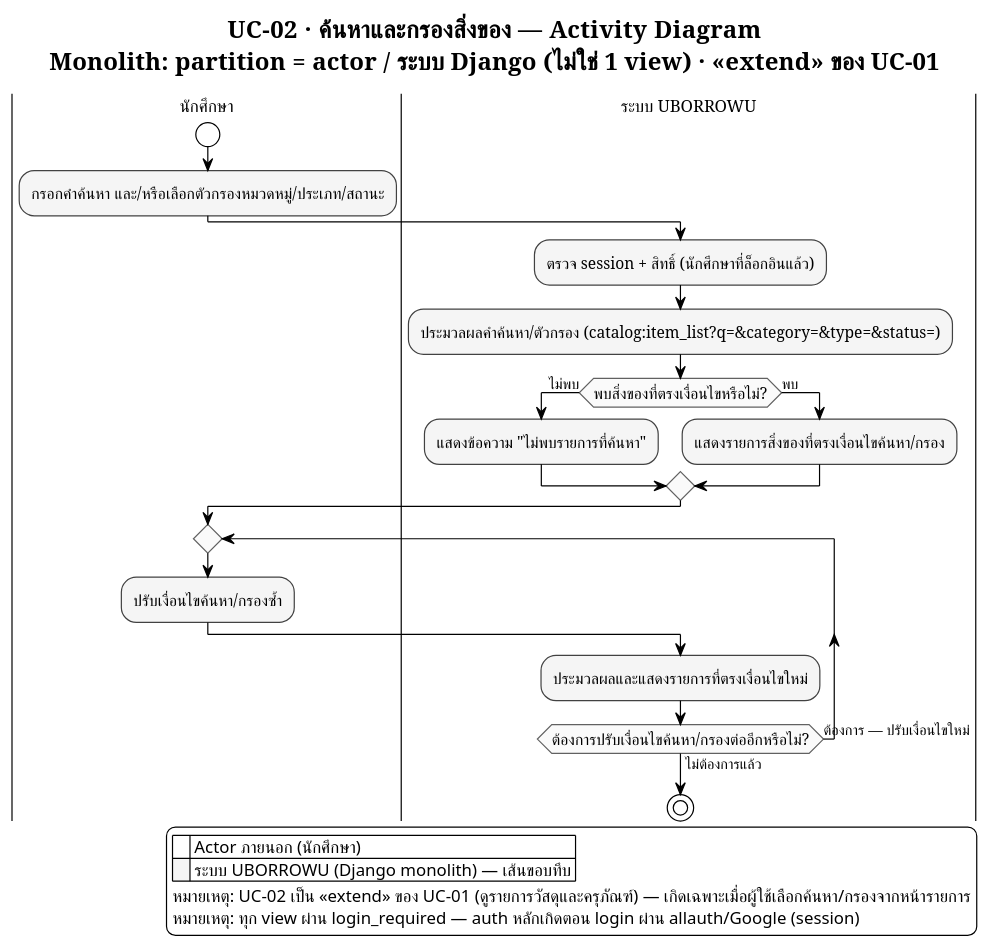
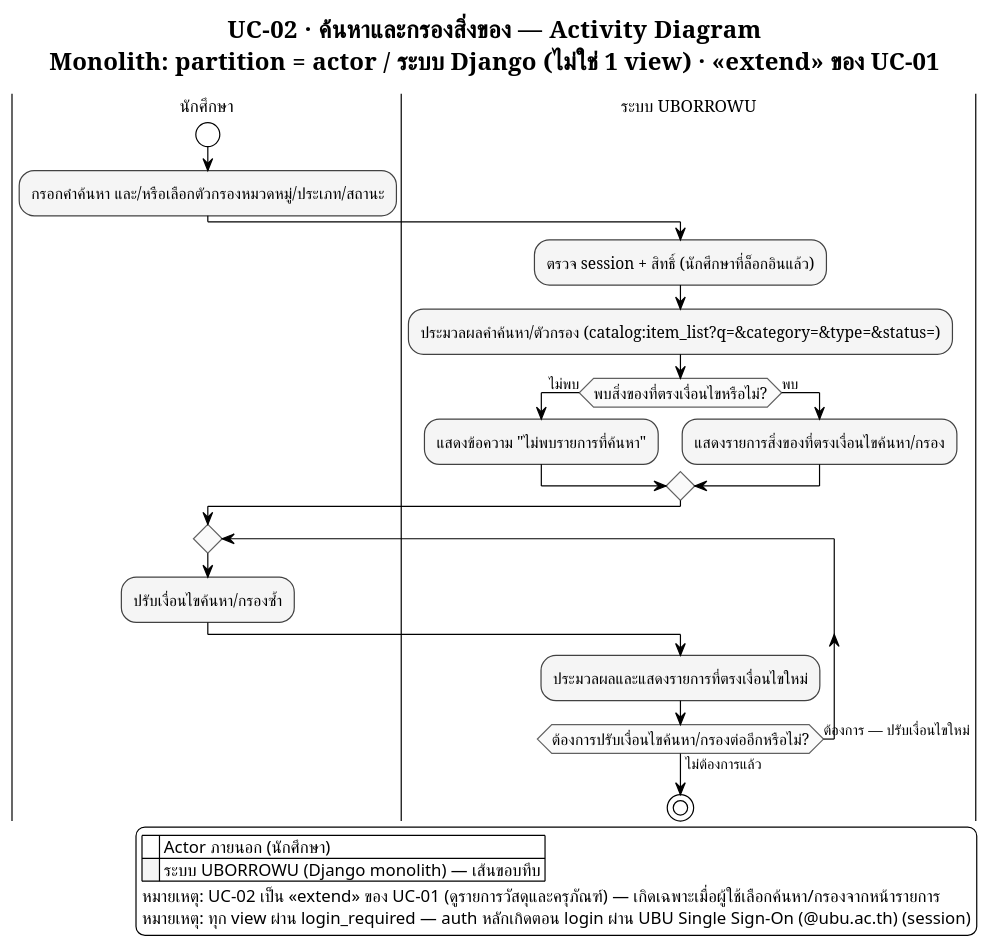
One commit to patlnwza-007/project-2569 changed the diagram in proposal/usecase/activity_module2_uc02.puml. Above: the diagram before and after it, drawn with PlantUML. The commit also changed 33 other files, not shown here.

```diff
--- a/proposal/usecase/activity_module2_uc02.puml
+++ b/proposal/usecase/activity_module2_uc02.puml
@@ -1,73 +1,73 @@
 @startuml activity_module2_uc02
 ' ══════════════════════════════════════════════════════════════════
 ' รองรับภาษาไทย — อ่านก่อน render:
 ' 1. บันทึกไฟล์นี้เป็น UTF-8 (ไม่ต้องมี BOM) เสมอ
 ' 2. ถ้า render ผ่าน CLI (plantuml.jar) ต้องระบุ flag encoding ด้วย:
 '      java -Dfile.encoding=UTF-8 -jar plantuml.jar -charset UTF-8 catalog_activity_UC02_search_filter.puml
 ' 3. บังคับใช้ Smetana (pure-Java layout engine) แทน Graphviz/dot
 '    เพราะ Graphviz บางระบบ (โดยเฉพาะ Windows) อ่าน UTF-8 ไม่ตรง ทำให้ตัวอักษรไทยเพี้ยน/หาย
 !pragma layout smetana
 ' 4. ฟอนต์ที่มีสระ/วรรณยุกต์ไทยครบและ render ผ่าน Java ได้เสถียร
 '    - Windows: "TH Sarabun New" (ฟอนต์มาตรฐานราชการ) หรือ "Tahoma" (มากับเครื่องอยู่แล้ว)
 '    - Linux / PlantUML online server: เปลี่ยนเป็น "Noto Sans Thai" หรือ "Loma"
 skinparam defaultFontName "TH Sarabun New"
 skinparam defaultFontSize 14
 ' ══════════════════════════════════════════════════════════════════
 
 !theme plain
 skinparam titleFontName "TH Sarabun New"
 skinparam titleFontSize 20
 skinparam noteFontName "TH Sarabun New"
 skinparam ArrowFontName "TH Sarabun New"
 skinparam ArrowFontSize 12
 skinparam swimlaneTitleFontName "TH Sarabun New"
 skinparam swimlaneTitleFontSize 14
 
 ' ===== Monochrome เท่านั้น — ไม่มี partition ไหนสีต่างจากที่อื่น =====
 skinparam activity {
   BackgroundColor #F5F5F5
   BorderColor #424242
   FontName "TH Sarabun New"
   FontSize 13
   DiamondBackgroundColor #FAFAFA
   DiamondBorderColor #616161
 }
 skinparam partition {
   BackgroundColor #FAFAFA
   BorderColor #424242
 }
 
 title UC-02 · ค้นหาและกรองสิ่งของ — Activity Diagram\nMonolith: partition = actor / ระบบ Django (ไม่ใช่ 1 view) · <<extend>> ของ UC-01
 
 |นักศึกษา|
 start
 ' Pre-condition: นักศึกษาอยู่ในหน้ารายการสิ่งของ (UC-01) และเข้าสู่ระบบแล้ว (session ผ่าน allauth)
 :กรอกคำค้นหา และ/หรือเลือกตัวกรองหมวดหมู่/ประเภท/สถานะ;
 
 |ระบบ UBORROWU|
 :ตรวจ session + สิทธิ์ (นักศึกษาที่ล็อกอินแล้ว);
 :ประมวลผลคำค้นหา/ตัวกรอง (catalog:item_list?q=&category=&type=&status=);
 
 if (พบสิ่งของที่ตรงเงื่อนไขหรือไม่?) then (ไม่พบ)
   :แสดงข้อความ "ไม่พบรายการที่ค้นหา";
 else (พบ)
   :แสดงรายการสิ่งของที่ตรงเงื่อนไขค้นหา/กรอง;
 endif
 
 |นักศึกษา|
 repeat
   :ปรับเงื่อนไขค้นหา/กรองซ้ำ;
   |ระบบ UBORROWU|
   :ประมวลผลและแสดงรายการที่ตรงเงื่อนไขใหม่;
 repeat while (ต้องการปรับเงื่อนไขค้นหา/กรองต่ออีกหรือไม่?) is (ต้องการ — ปรับเงื่อนไขใหม่) not (ไม่ต้องการแล้ว)
 
 stop
 
 legend right
   |<back:white>    </back>| Actor ภายนอก (นักศึกษา) |
   |<back:#F5F5F5>    </back>| ระบบ UBORROWU (Django monolith) — เส้นขอบทึบ |
   หมายเหตุ: UC-02 เป็น <<extend>> ของ UC-01 (ดูรายการวัสดุและครุภัณฑ์) — เกิดเฉพาะเมื่อผู้ใช้เลือกค้นหา/กรองจากหน้ารายการ
-  หมายเหตุ: ทุก view ผ่าน login_required — auth หลักเกิดตอน login ผ่าน allauth/Google (session)
+  หมายเหตุ: ทุก view ผ่าน login_required — auth หลักเกิดตอน login ผ่าน UBU Single Sign-On (@ubu.ac.th) (session)
 endlegend
 
 @enduml
```
